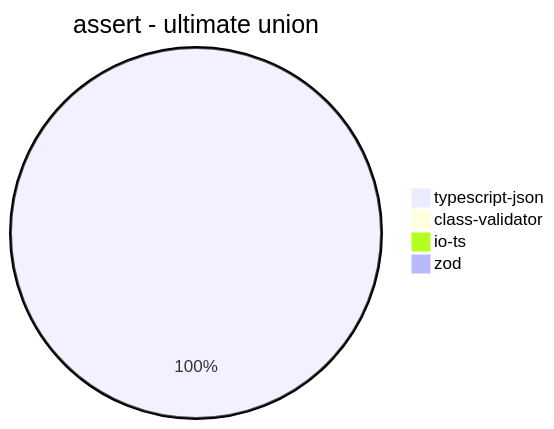
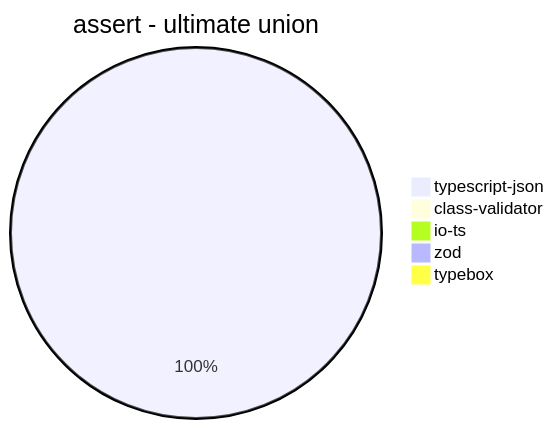
One commit to samchon/typia changed diagram 16 of 39 in benchmark/results/AMD Ryzen 7 5800H with Radeon Graphics.md. Above: the diagram before and after it, drawn with Mermaid. The commit also changed other lines of this file and 6 other files, not shown here.

````diff
--- a/benchmark/results/AMD Ryzen 7 5800H with Radeon Graphics.md
+++ b/benchmark/results/AMD Ryzen 7 5800H with Radeon Graphics.md
@@ -181,7 +196,8 @@
 ```mermaid
 pie title assert - ultimate union
-  "typescript-json": 276.2520193861066
+  "typescript-json": 270.74781367124757
   "class-validator": 0
   "io-ts": 0
   "zod": 0
+  "typebox": 0
 ```
````
